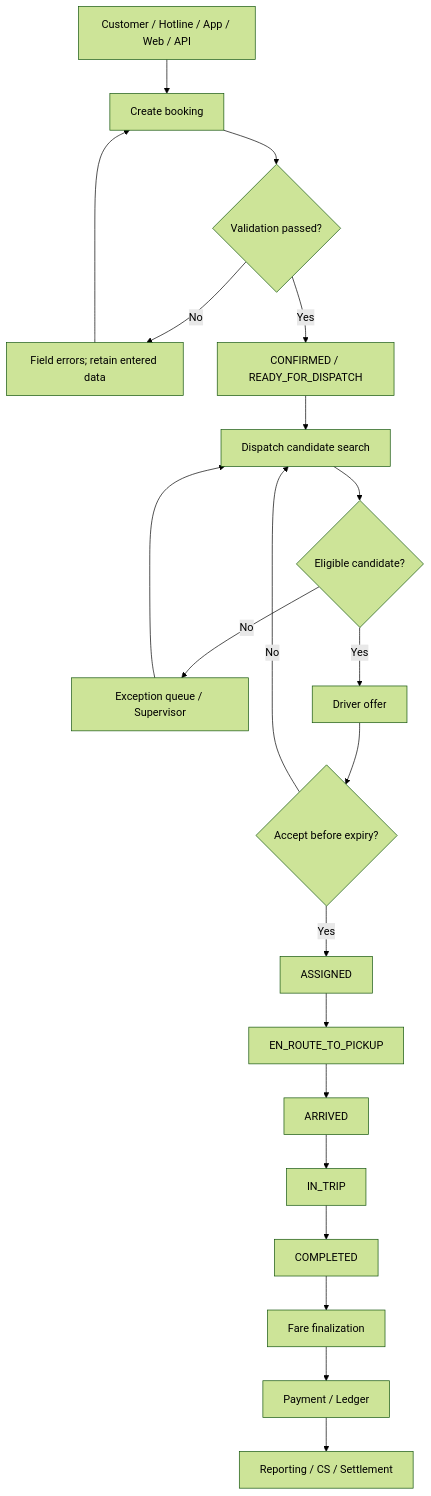
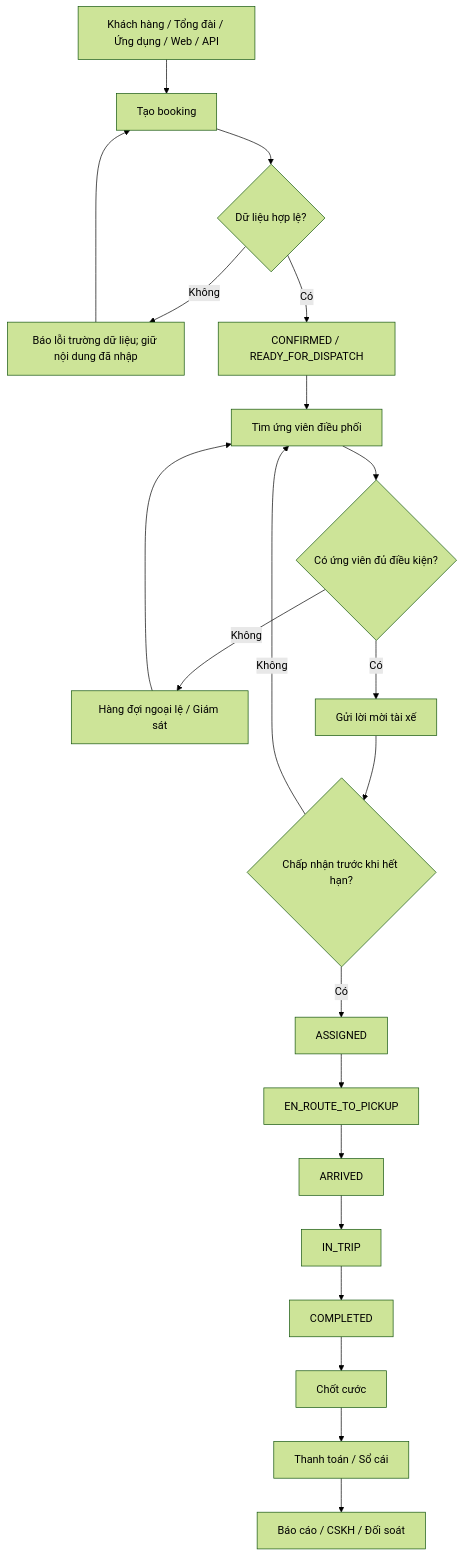
The first of 5 diagrams in Taxi-Mai-Linh/03-End-to-End-Workflows.md (daoaigiangnam/System_Operation_and_Deployment_Documentation), drawn with Mermaid (forest theme) before and after one commit. The commit also changed other lines of this file, not shown here.

Commit message:
docs(taxi): localize workflow and delivery headings into Vietnamese

````diff
--- a/Taxi-Mai-Linh/03-End-to-End-Workflows.md
+++ b/Taxi-Mai-Linh/03-End-to-End-Workflows.md
@@ -5,23 +5,23 @@
 ```mermaid
 flowchart TD
- A["Customer / Hotline / App / Web / API"] --> B["Create booking"]
- B --> C{"Validation passed?"}
- C -- No --> C1["Field errors; retain entered data"]
+ A["Khách hàng / Tổng đài / Ứng dụng / Web / API"] --> B["Tạo booking"]
+ B --> C{"Dữ liệu hợp lệ?"}
+ C -- Không --> C1["Báo lỗi trường dữ liệu; giữ nội dung đã nhập"]
  C1 --> B
- C -- Yes --> D["CONFIRMED / READY_FOR_DISPATCH"]
- D --> E["Dispatch candidate search"]
- E --> F{"Eligible candidate?"}
- F -- No --> G["Exception queue / Supervisor"]
+ C -- Có --> D["CONFIRMED / READY_FOR_DISPATCH"]
+ D --> E["Tìm ứng viên điều phối"]
+ E --> F{"Có ứng viên đủ điều kiện?"}
+ F -- Không --> G["Hàng đợi ngoại lệ / Giám sát"]
  G --> E
- F -- Yes --> H["Driver offer"]
- H --> I{"Accept before expiry?"}
- I -- No --> E
- I -- Yes --> J["ASSIGNED"]
+ F -- Có --> H["Gửi lời mời tài xế"]
+ H --> I{"Chấp nhận trước khi hết hạn?"}
+ I -- Không --> E
+ I -- Có --> J["ASSIGNED"]
  J --> K["EN_ROUTE_TO_PICKUP"]
  K --> L["ARRIVED"]
  L --> M["IN_TRIP"]
  M --> N["COMPLETED"]
- N --> O["Fare finalization"]
- O --> P["Payment / Ledger"]
- P --> Q["Reporting / CS / Settlement"]
+ N --> O["Chốt cước"]
+ O --> P["Thanh toán / Sổ cái"]
+ P --> Q["Báo cáo / CSKH / Đối soát"]
 ```
````
